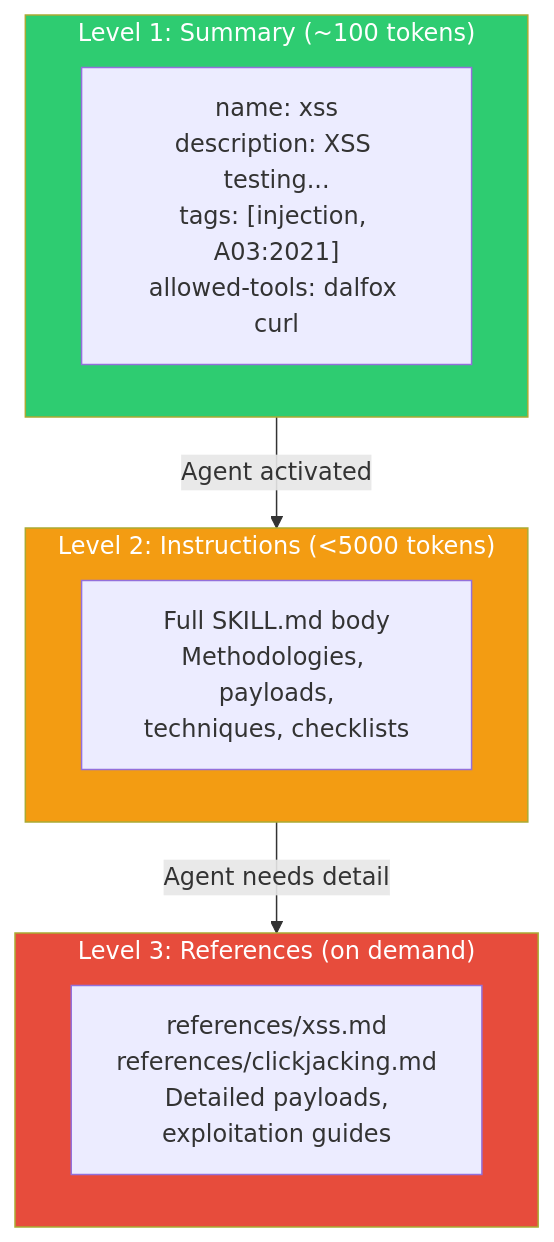
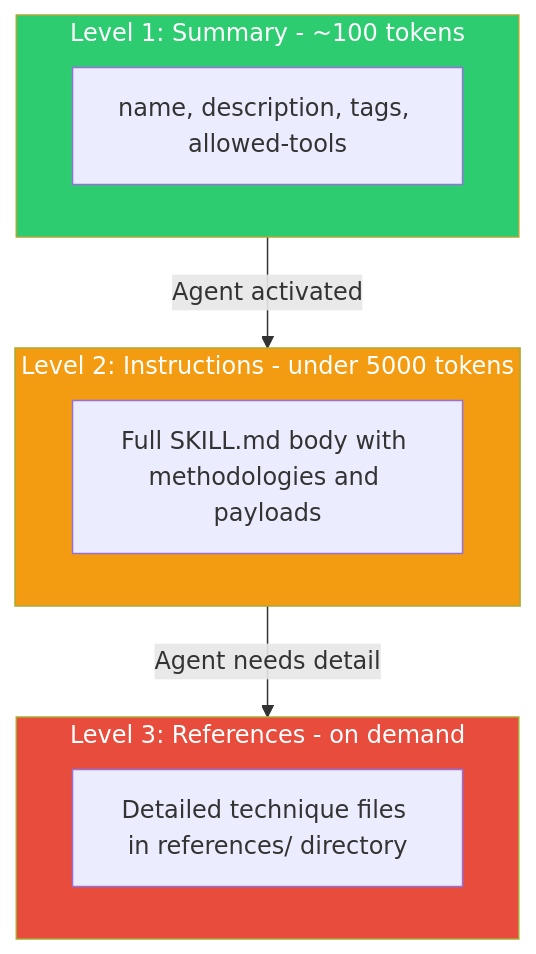
The sixth of 16 diagrams in docs/architecture.md (omkar-ukirde/RedStrike.AI), drawn with Mermaid before and after one commit. The commit also changed other lines of this file, not shown here.

Commit message:
refactor: simplify and clean up Mermaid diagrams in architecture documentation

````diff
--- a/docs/architecture.md
+++ b/docs/architecture.md
@@ -355,21 +355,21 @@
 ```mermaid
 graph TD
-    subgraph Level1["Level 1: Summary (~100 tokens)"]
-        S1["name: xss<br/>description: XSS testing...<br/>tags: [injection, A03:2021]<br/>allowed-tools: dalfox curl"]
+    subgraph Level1["Level 1: Summary - ~100 tokens"]
+        S1["name, description, tags, allowed-tools"]
     end
 
-    subgraph Level2["Level 2: Instructions (<5000 tokens)"]
-        S2["Full SKILL.md body<br/>Methodologies, payloads,<br/>techniques, checklists"]
+    subgraph Level2["Level 2: Instructions - under 5000 tokens"]
+        S2["Full SKILL.md body with methodologies and payloads"]
     end
 
-    subgraph Level3["Level 3: References (on demand)"]
-        S3["references/xss.md<br/>references/clickjacking.md<br/>Detailed payloads,<br/>exploitation guides"]
+    subgraph Level3["Level 3: References - on demand"]
+        S3["Detailed technique files in references/ directory"]
     end
 
-    Level1 -->|"Agent activated"| Level2
-    Level2 -->|"Agent needs detail"| Level3
+    Level1 -->|Agent activated| Level2
+    Level2 -->|Agent needs detail| Level3
 
     style Level1 fill:#2ecc71,color:#fff
     style Level2 fill:#f39c12,color:#fff
     style Level3 fill:#e74c3c,color:#fff
 ```
````
